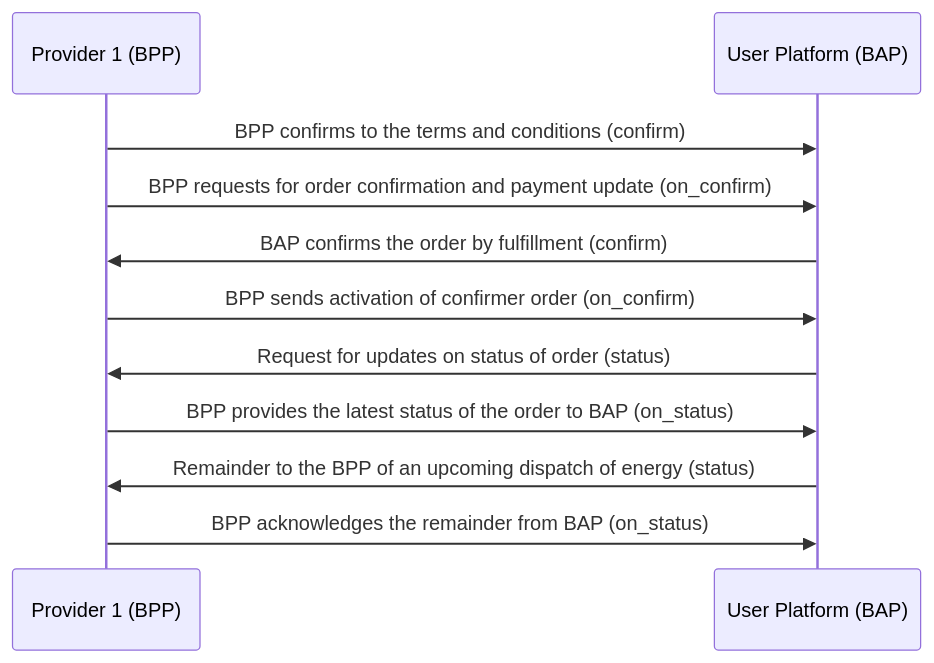
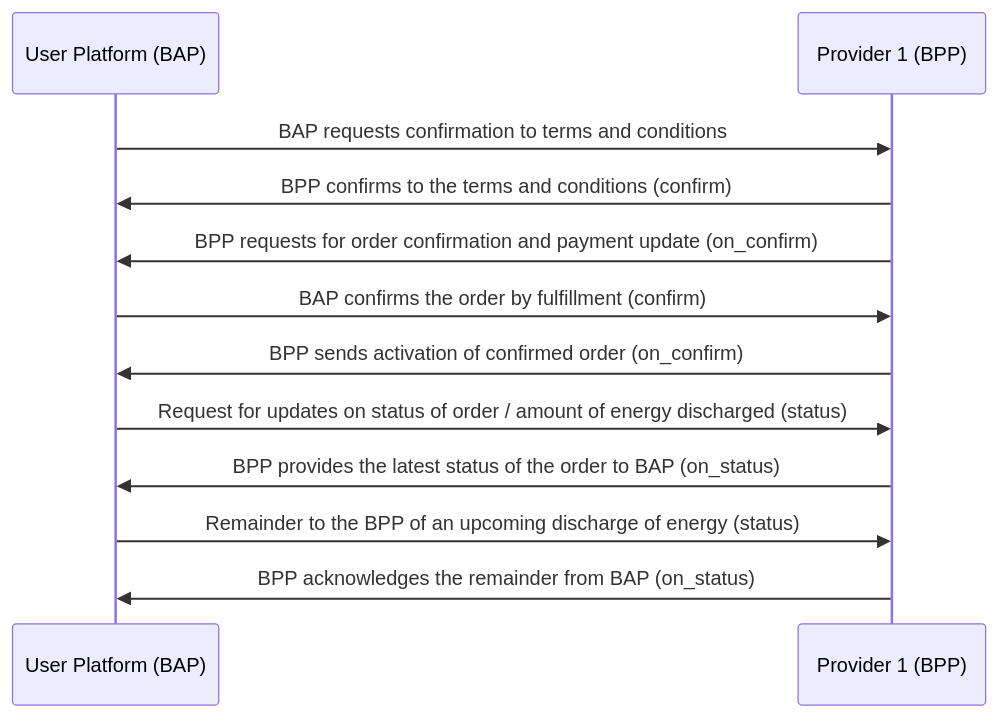
One commit to Sudheesh2609/DENT-Protocol changed the eighth of 8 diagrams in docs/implementation-guides/General_Energy_Transaction_2.md. Above: the diagram before and after it, drawn with Mermaid. The commit also changed other lines of this file, not shown here.

Commit message:
Adding General_Energy_Transaction_2

````diff
--- a/docs/implementation-guides/General_Energy_Transaction_2.md
+++ b/docs/implementation-guides/General_Energy_Transaction_2.md
@@ -200,11 +227,12 @@
 ```mermaid
     sequenceDiagram
+    User Platform (BAP)->>Provider 1 (BPP): BAP requests confirmation to terms and conditions
     Provider 1 (BPP)->>User Platform (BAP): BPP confirms to the terms and conditions (confirm)
     Provider 1 (BPP)->>User Platform (BAP): BPP requests for order confirmation and payment update (on_confirm)
     User Platform (BAP)->>Provider 1 (BPP): BAP confirms the order by fulfillment (confirm)
-    Provider 1 (BPP)->>User Platform (BAP): BPP sends activation of confirmer order (on_confirm)
-    User Platform (BAP)->>Provider 1 (BPP): Request for updates on status of order (status)
+    Provider 1 (BPP)->>User Platform (BAP): BPP sends activation of confirmed order (on_confirm)
+    User Platform (BAP)->>Provider 1 (BPP): Request for updates on status of order / amount of energy discharged (status)
     Provider 1 (BPP)->>User Platform (BAP): BPP provides the latest status of the order to BAP (on_status)
-    User Platform (BAP)->>Provider 1 (BPP): Remainder to the BPP of an upcoming dispatch of energy (status)
+    User Platform (BAP)->>Provider 1 (BPP): Remainder to the BPP of an upcoming discharge of energy (status)
     Provider 1 (BPP)->>User Platform (BAP): BPP acknowledges the remainder from BAP (on_status)
 ```
````
